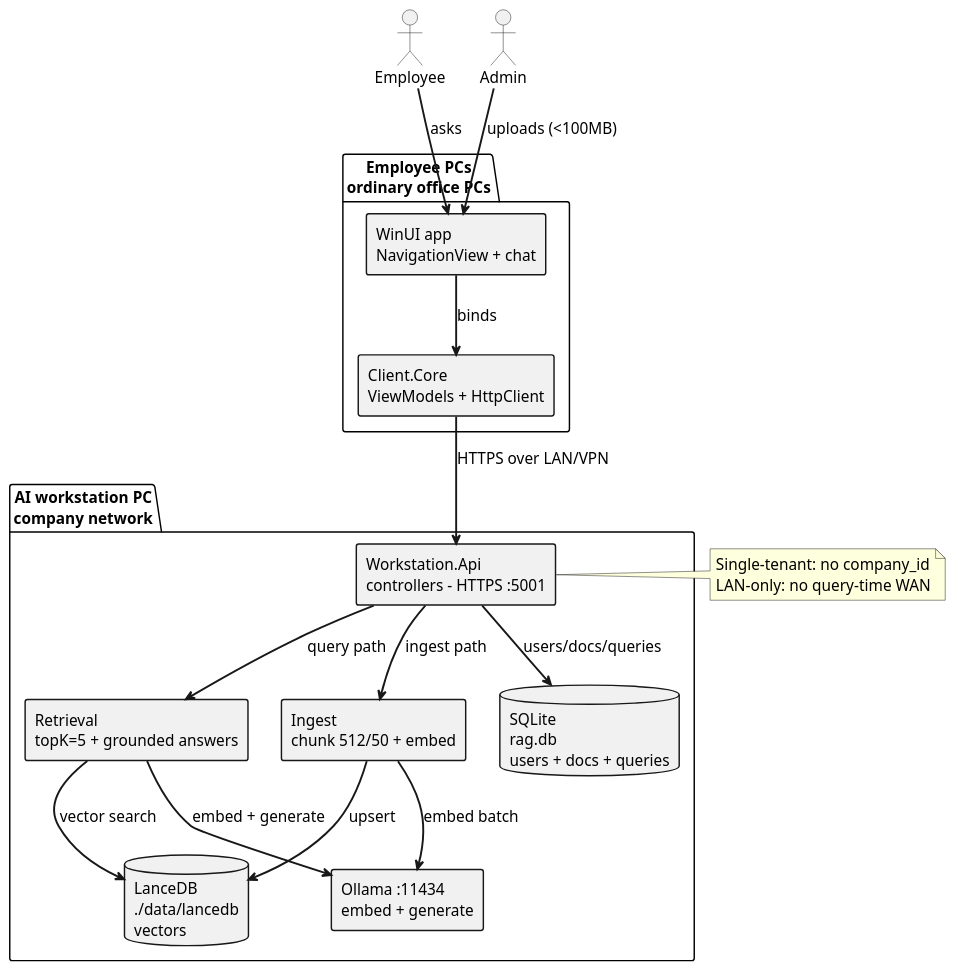
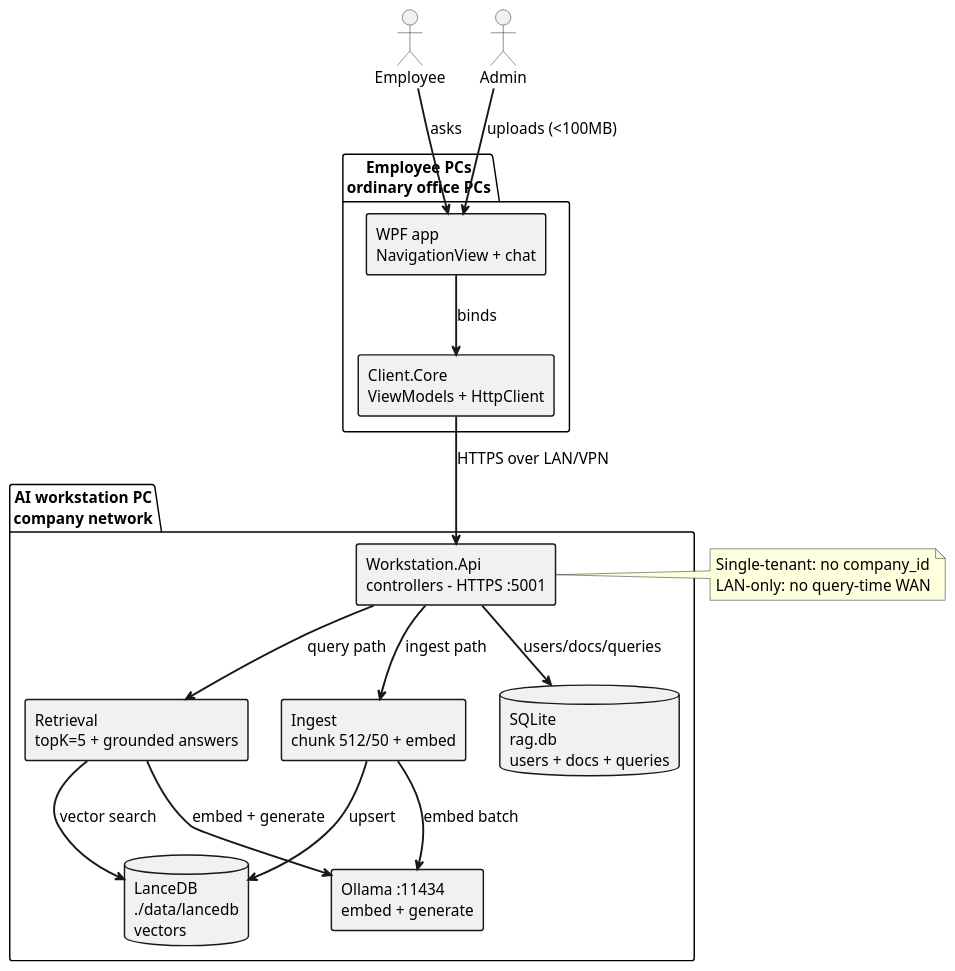
The diagram in docs/architecture.puml (daskas-welt/raggit), drawn with PlantUML before and after one commit. The commit also changed 8 other files, not shown here.

First line of the commit message:
docs: add MIT license; refresh README and diagrams for public repo

```diff
--- a/docs/architecture.puml
+++ b/docs/architecture.puml
@@ -1,54 +1,54 @@
 @startuml RAGGit Architecture
-' RAGGit - single-tenant offline RAG (WinUI 3 + Workstation API)
+' RAGGit - single-tenant offline RAG (WPF + Workstation API)
 ' Presentation SVG: docs/images/architecture.svg via PlantUML tooling
 ' (Official JS engine dialect: rectangle/actor/package/database + arrows
 '  + notes. Avoid [bracket] components and : trailing labels on
 '  declarations, which flip type inference. Multiline names via \n.)
 ' NOTE: <style> database block required - the JS engine emits can shapes
 ' with no stroke otherwise (invisible borders).
 <style>
 componentDiagram {
   database {
     LineColor #181818
     LineThickness 1.5
   }
   rectangle {
     LineColor #181818
     LineThickness 1.5
   }
 }
 </style>
 skinparam defaultFontSize 16
 skinparam arrowThickness 2
 
 actor Employee as employee
 actor Admin as admin
 
 package "Employee PCs\nordinary office PCs" {
-  rectangle "WinUI app\nNavigationView + chat" as winui
+  rectangle "WPF app\nNavigationView + chat" as app
   rectangle "Client.Core\nViewModels + HttpClient" as core
 }
 
 package "AI workstation PC\ncompany network" {
   rectangle "Workstation.Api\ncontrollers - HTTPS :5001" as api
   rectangle "Retrieval\ntopK=5 + grounded answers" as retrieval
   rectangle "Ingest\nchunk 512/50 + embed" as ingest
   database "LanceDB\n./data/lancedb\nvectors" as lancedb
   database "SQLite\nrag.db\nusers + docs + queries" as sqlite
   rectangle "Ollama :11434\nembed + generate" as ollama
 }
 
-employee --> winui : asks
-admin --> winui : uploads (<100MB)
-winui --> core : binds
+employee --> app : asks
+admin --> app : uploads (<100MB)
+app --> core : binds
 core --> api : HTTPS over LAN/VPN
 api --> retrieval : query path
 api --> ingest : ingest path
 retrieval --> lancedb : vector search
 ingest --> lancedb : upsert
 api --> sqlite : users/docs/queries
 retrieval --> ollama : embed + generate
 ingest --> ollama : embed batch
 
 note right of api : Single-tenant: no company_id\nLAN-only: no query-time WAN
 @enduml
```
